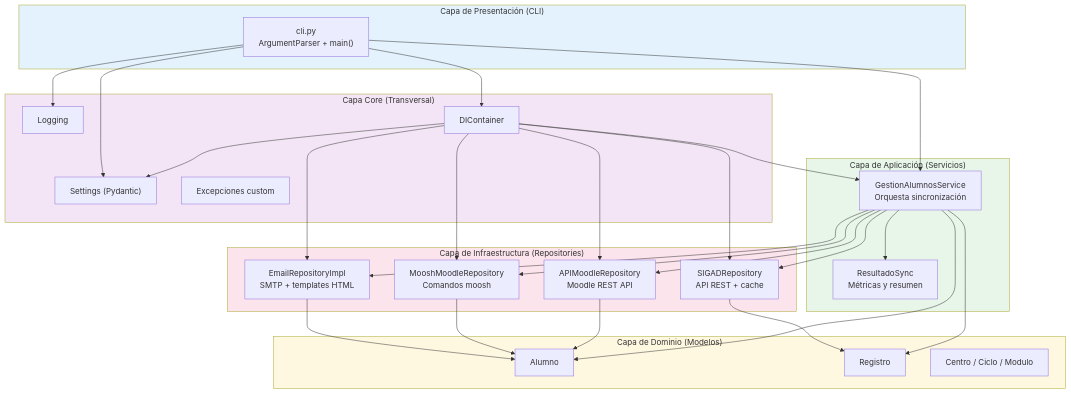
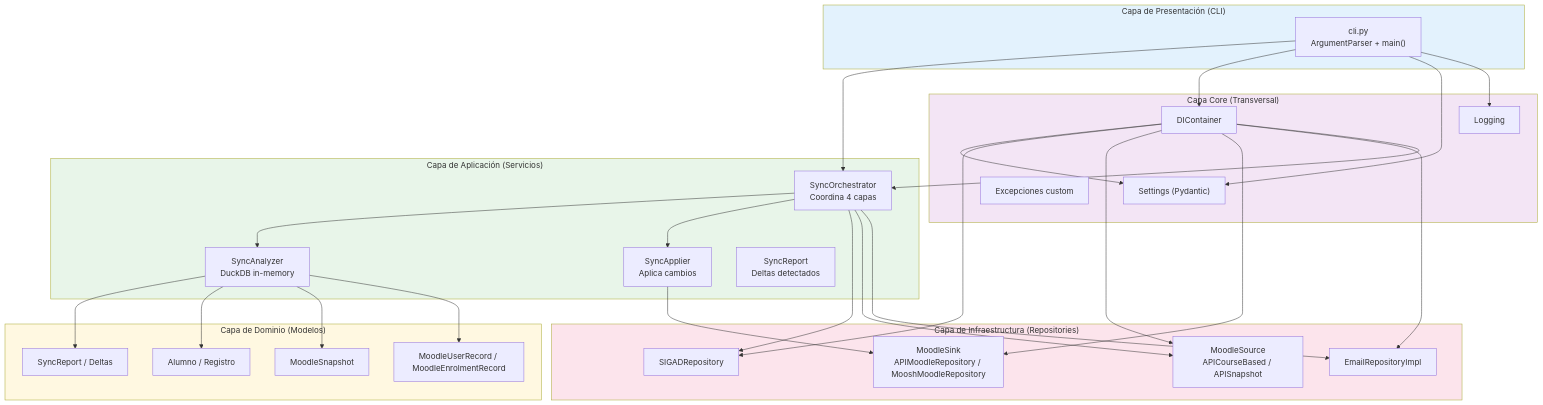
The second of 10 diagrams in docus/flujos.md (FPVirtual/fp-virtual-gestion-alumnos), drawn with Mermaid before and after one commit. The commit also changed other lines of this file and 25 other files, not shown here.

````diff
--- a/docus/flujos.md
+++ b/docus/flujos.md
@@ -76,62 +86,64 @@
 ```mermaid
 flowchart TB
     subgraph CapaPresentacion["Capa de Presentación (CLI)"]
         CLI_MOD["cli.py<br/>ArgumentParser + main()"]
     end
 
     subgraph CapaAplicacion["Capa de Aplicación (Servicios)"]
-        SVC["GestionAlumnosService<br/>Orquesta sincronización"]
-        RES["ResultadoSync<br/>Métricas y resumen"]
+        ORC["SyncOrchestrator<br/>Coordina 4 capas"]
+        ANA["SyncAnalyzer<br/>DuckDB in-memory"]
+        APP["SyncApplier<br/>Aplica cambios"]
+        RES["SyncReport<br/>Deltas detectados"]
     end
 
     subgraph CapaDominio["Capa de Dominio (Modelos)"]
-        MOD1["Alumno"]
-        MOD2["Registro"]
-        MOD3["Centro / Ciclo / Modulo"]
+        MOD1["Alumno / Registro"]
+        MOD2["MoodleSnapshot"]
+        MOD3["MoodleUserRecord / MoodleEnrolmentRecord"]
+        MOD4["SyncReport / Deltas"]
     end
 
     subgraph CapaInfraestructura["Capa de Infraestructura (Repositories)"]
-        REP1["SIGADRepository<br/>API REST + cache"]
-        REP2["APIMoodleRepository<br/>Moodle REST API"]
-        REP3["MooshMoodleRepository<br/>Comandos moosh"]
-        REP4["EmailRepositoryImpl<br/>SMTP + templates HTML"]
+        REP1["SIGADRepository"]
+        REP2["MoodleSource<br/>APICourseBased / APISnapshot"]
+        REP3["MoodleSink<br/>APIMoodleRepository / MooshMoodleRepository"]
+        REP4["EmailRepositoryImpl"]
     end
 
     subgraph CapaCore["Capa Core (Transversal)"]
         CFG["Settings (Pydantic)"]
         LOG["Logging"]
         EXC["Excepciones custom"]
         CON["DIContainer"]
     end
 
-    CLI_MOD --> SVC
-    SVC --> MOD1
-    SVC --> MOD2
-    SVC --> REP1
-    SVC --> REP2
-    SVC --> REP3
-    SVC --> REP4
-    SVC --> RES
+    CLI_MOD --> ORC
+    ORC --> ANA
+    ORC --> APP
+    ANA --> MOD4
+    APP --> REP3
+    ORC --> REP1
+    ORC --> REP2
+    ORC --> REP4
 
-    REP1 --> MOD2
-    REP2 --> MOD1
-    REP3 --> MOD1
-    REP4 --> MOD1
+    ANA --> MOD1
+    ANA --> MOD2
+    ANA --> MOD3
 
     CON --> CFG
     CON --> REP1
     CON --> REP2
     CON --> REP3
     CON --> REP4
-    CON --> SVC
+    CON --> ORC
 
     CLI_MOD --> CON
     CLI_MOD --> CFG
     CLI_MOD --> LOG
 
     style CapaPresentacion fill:#e3f2fd
     style CapaAplicacion fill:#e8f5e9
     style CapaDominio fill:#fff8e1
     style CapaInfraestructura fill:#fce4ec
     style CapaCore fill:#f3e5f5
 ```
````
